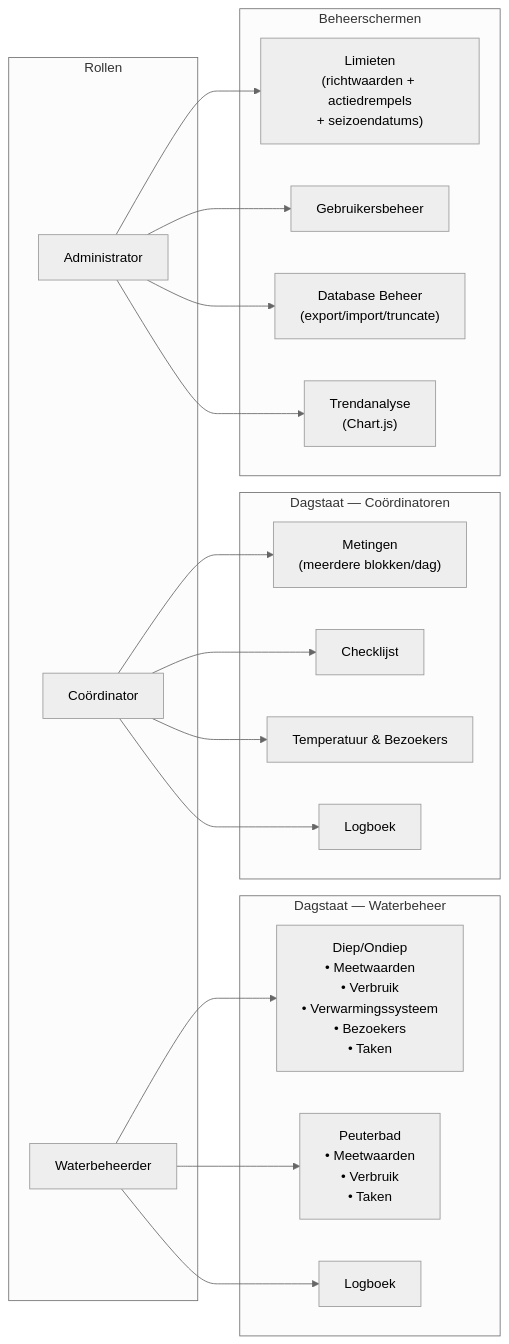
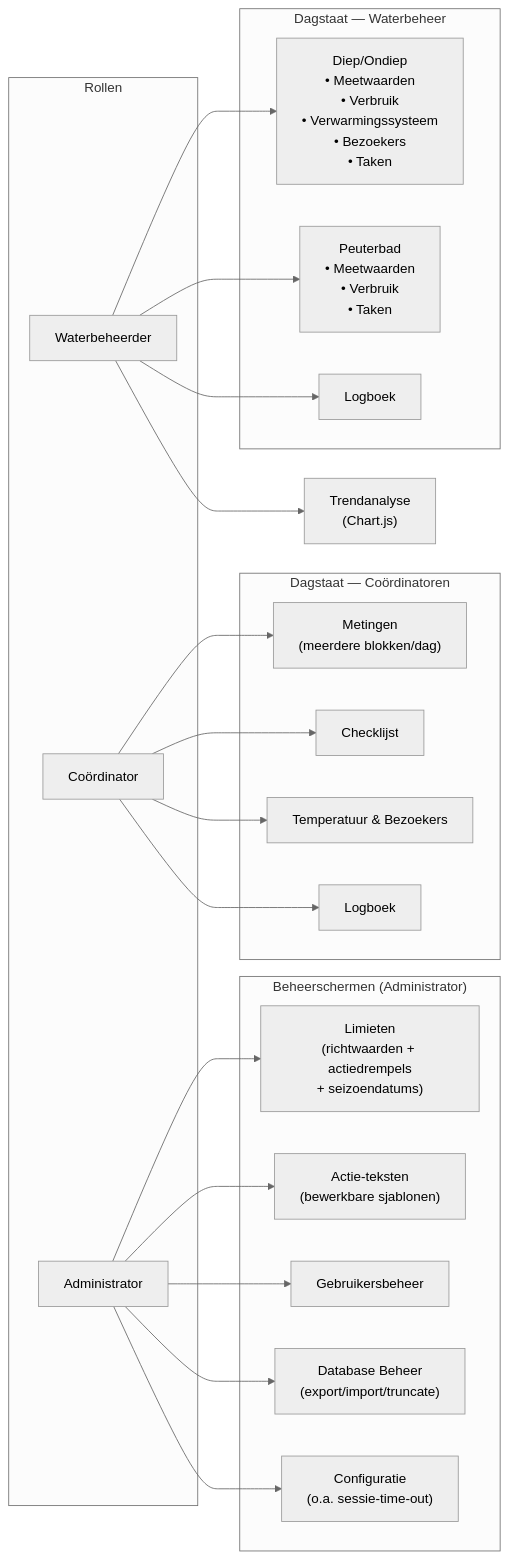
Before and after one commit to pjgheijmans/NewSiteWaterbeheerDeBercken: the third of 3 diagrams in docs/architecture.md, drawn with Mermaid (neutral theme). The commit also changed other lines of this file and 7 other files, not shown here.

First line of the commit message:
Docs: EPS 0.4 / EDS 0.3 + architecture for recent features

````diff
--- a/docs/architecture.md
+++ b/docs/architecture.md
@@ -118,32 +118,33 @@
 ```mermaid
 graph LR
     subgraph Rollen
         WB["Waterbeheerder"]
         CO["Coördinator"]
         AD["Administrator"]
     end
 
     subgraph WB_Tab["Dagstaat — Waterbeheer"]
         WB1["Diep/Ondiep\n• Meetwaarden\n• Verbruik\n• Verwarmingssysteem\n• Bezoekers\n• Taken"]
         WB2["Peuterbad\n• Meetwaarden\n• Verbruik\n• Taken"]
         WB3["Logboek"]
     end
 
     subgraph CO_Tab["Dagstaat — Coördinatoren"]
         CO1["Metingen\n(meerdere blokken/dag)"]
         CO2["Checklijst"]
         CO3["Temperatuur & Bezoekers"]
         CO4["Logboek"]
     end
 
-    subgraph AD_Tab["Beheerschermen"]
+    subgraph AD_Tab["Beheerschermen (Administrator)"]
         AD1["Limieten\n(richtwaarden + actiedrempels\n+ seizoendatums)"]
+        AD1b["Actie-teksten\n(bewerkbare sjablonen)"]
         AD2["Gebruikersbeheer"]
         AD3["Database Beheer\n(export/import/truncate)"]
-        AD4["Trendanalyse\n(Chart.js)"]
+        AD5["Configuratie\n(o.a. sessie-time-out)"]
     end
 
-    WB --> WB1 & WB2 & WB3
+    WB --> WB1 & WB2 & WB3 & TR["Trendanalyse\n(Chart.js)"]
     CO --> CO1 & CO2 & CO3 & CO4
-    AD --> AD1 & AD2 & AD3 & AD4
+    AD --> AD1 & AD1b & AD2 & AD3 & AD5
 ```
````
